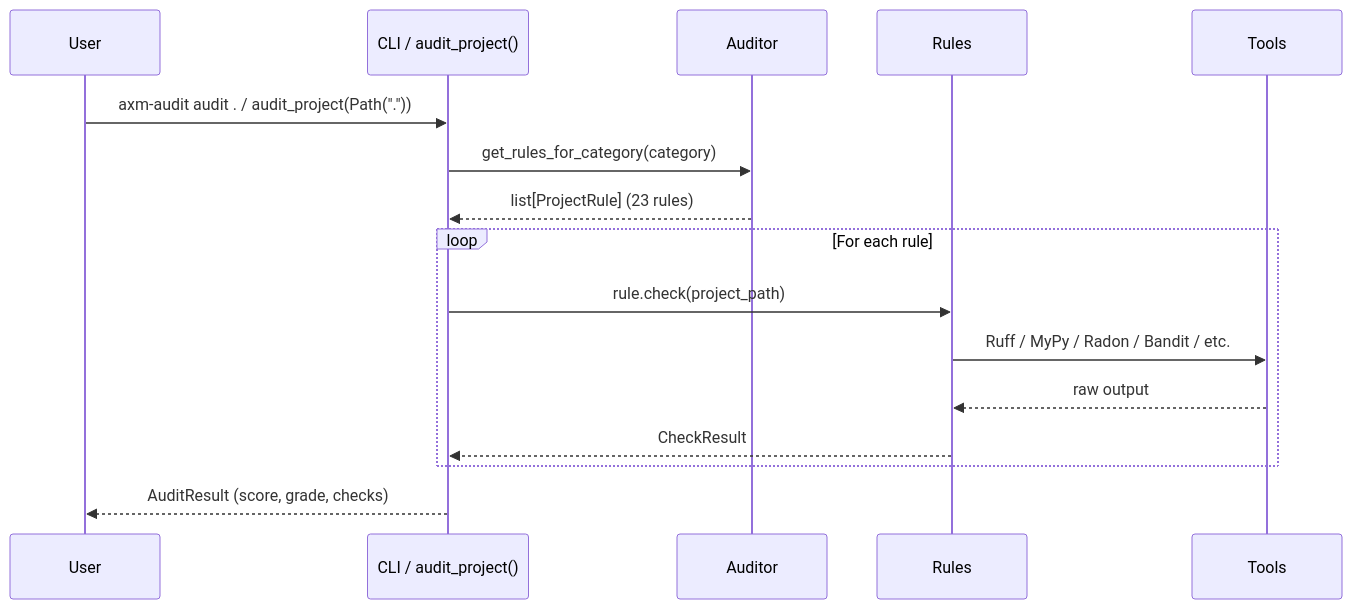
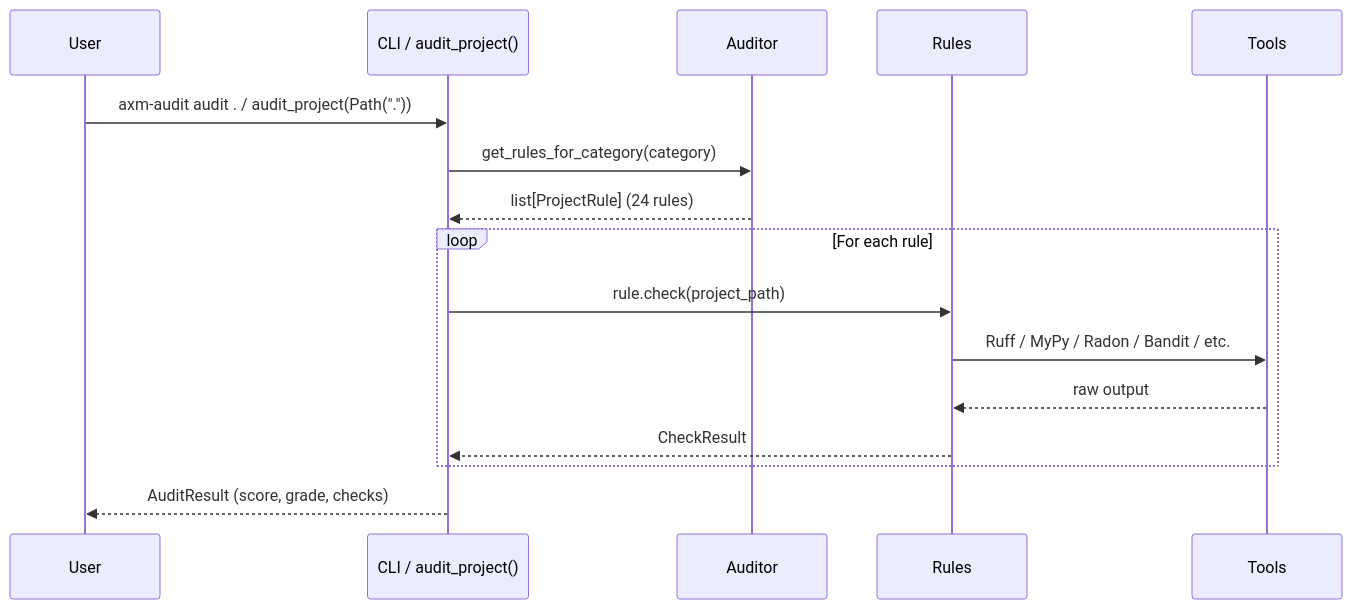
One commit to axm-protocols/axm-forge changed the second of 2 diagrams in docs/explanation/architecture.md. Above: the diagram before and after it, drawn with Mermaid. The commit also changed other lines of this file and 4 other files, not shown here.

````diff
--- a/docs/explanation/architecture.md
+++ b/docs/explanation/architecture.md
@@ -158,19 +158,19 @@
 ```mermaid
 sequenceDiagram
     participant User
     participant CLI as CLI / audit_project()
     participant Auditor
     participant Rules
     participant Tools
 
     User->>CLI: axm-audit audit . / audit_project(Path("."))
     CLI->>Auditor: get_rules_for_category(category)
-    Auditor-->>CLI: list[ProjectRule] (23 rules)
+    Auditor-->>CLI: list[ProjectRule] (24 rules)
     loop For each rule
         CLI->>Rules: rule.check(project_path)
         Rules->>Tools: Ruff / MyPy / Radon / Bandit / etc.
         Tools-->>Rules: raw output
         Rules-->>CLI: CheckResult
     end
     CLI-->>User: AuditResult (score, grade, checks)
 ```
````
